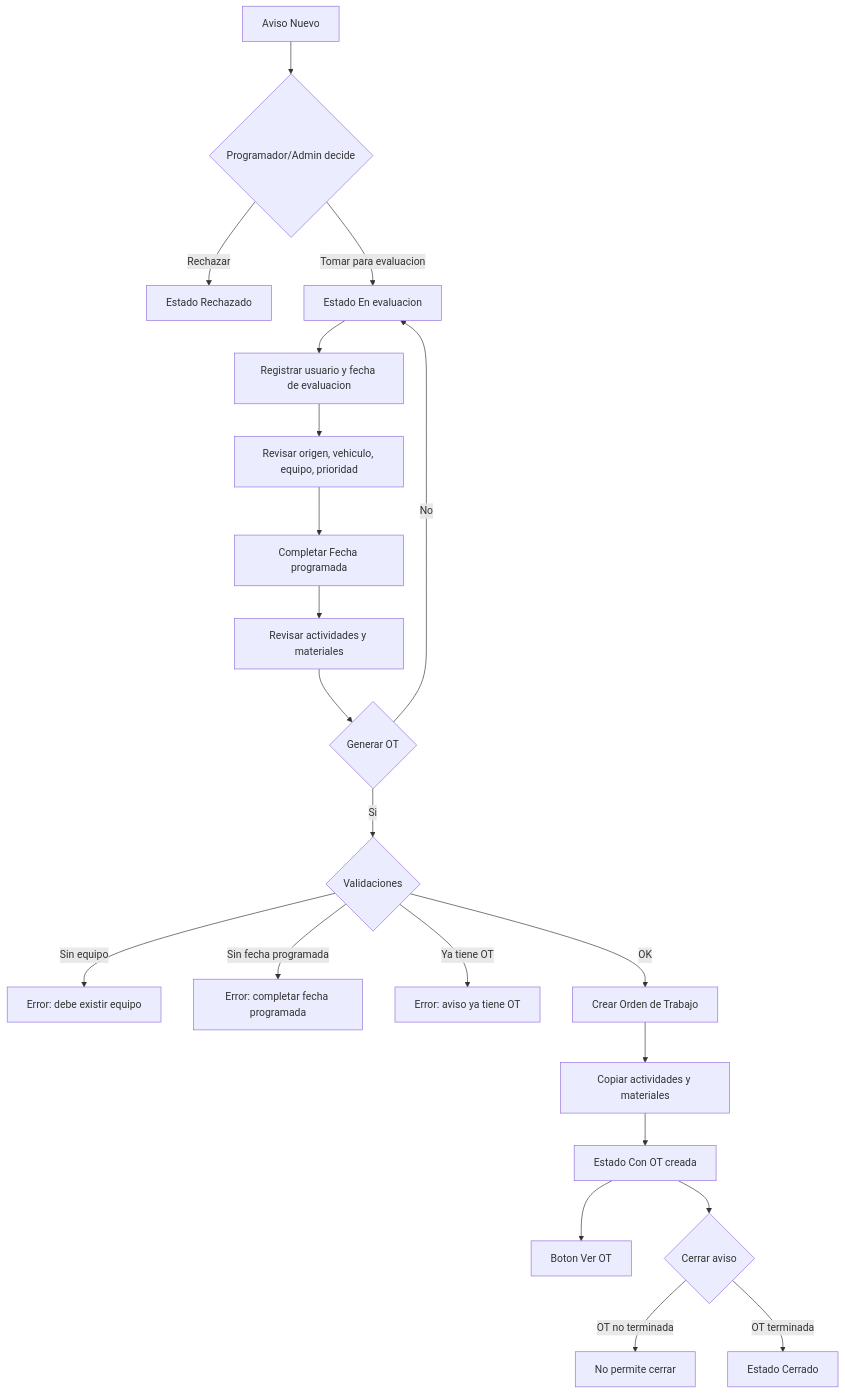
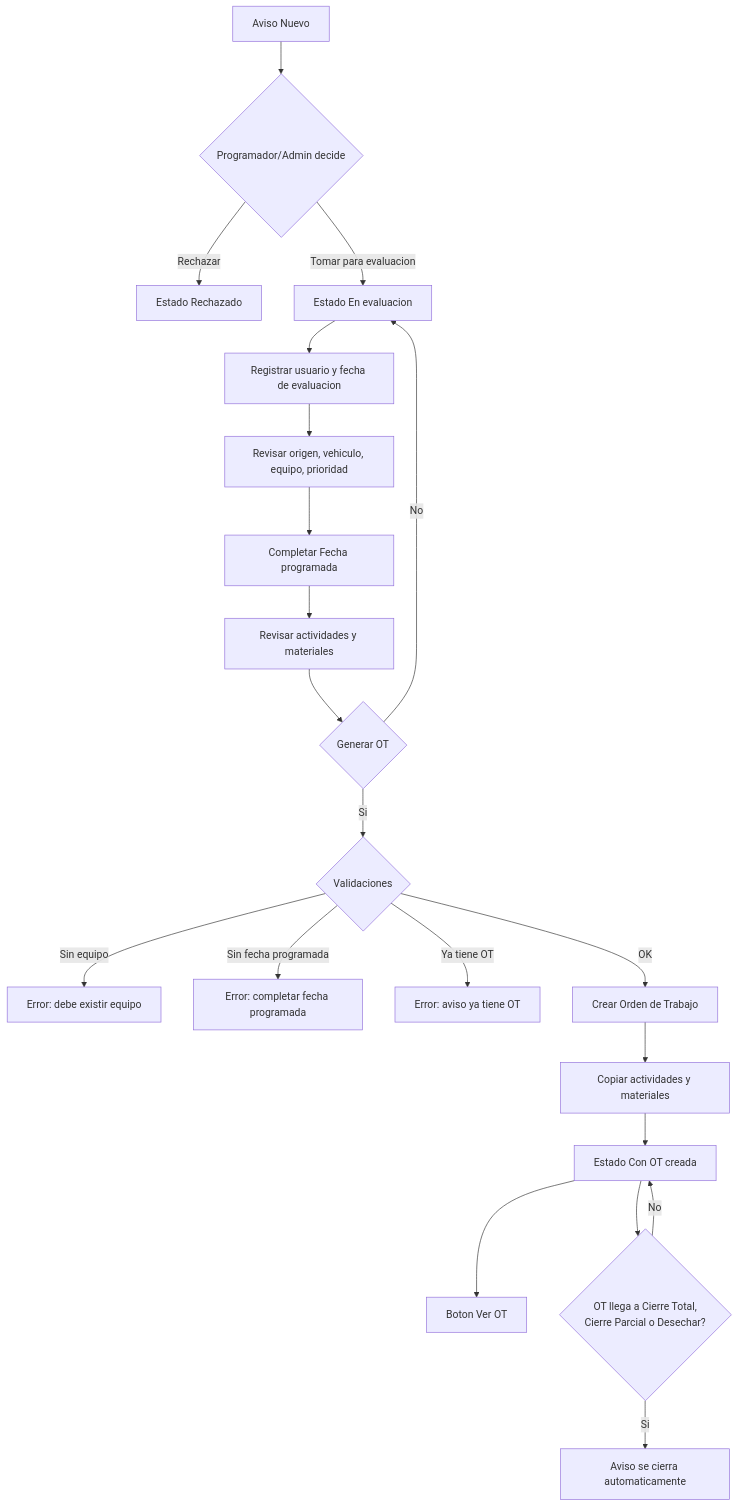
Before and after one commit to lbadilla2021/zmm_ajustes: the fifth of 9 diagrams in docs_codex/diagramas_macro_por_tramo_mantenimiento.md, drawn with Mermaid. The commit also changed other lines of this file and 29 other files, not shown here.

````diff
--- a/docs_codex/diagramas_macro_por_tramo_mantenimiento.md
+++ b/docs_codex/diagramas_macro_por_tramo_mantenimiento.md
@@ -140,23 +142,23 @@
 ```mermaid
 flowchart TD
     A["Aviso Nuevo"] --> B{"Programador/Admin decide"}
     B -->|Rechazar| C["Estado Rechazado"]
     B -->|Tomar para evaluacion| D["Estado En evaluacion"]
     D --> E["Registrar usuario y fecha de evaluacion"]
     E --> F["Revisar origen, vehiculo, equipo, prioridad"]
     F --> G["Completar Fecha programada"]
     G --> H["Revisar actividades y materiales"]
     H --> I{"Generar OT"}
     I -->|No| D
     I -->|Si| J{"Validaciones"}
     J -->|Sin equipo| J1["Error: debe existir equipo"]
     J -->|Sin fecha programada| J2["Error: completar fecha programada"]
     J -->|Ya tiene OT| J3["Error: aviso ya tiene OT"]
     J -->|OK| K["Crear Orden de Trabajo"]
     K --> L["Copiar actividades y materiales"]
     L --> M["Estado Con OT creada"]
     M --> N["Boton Ver OT"]
-    M --> O{"Cerrar aviso"}
-    O -->|OT no terminada| O1["No permite cerrar"]
-    O -->|OT terminada| P["Estado Cerrado"]
+    M --> O{"OT llega a Cierre Total,<br/>Cierre Parcial o Desechar?"}
+    O -->|No| M
+    O -->|Si| P["Aviso se cierra automaticamente"]
 ```
````
